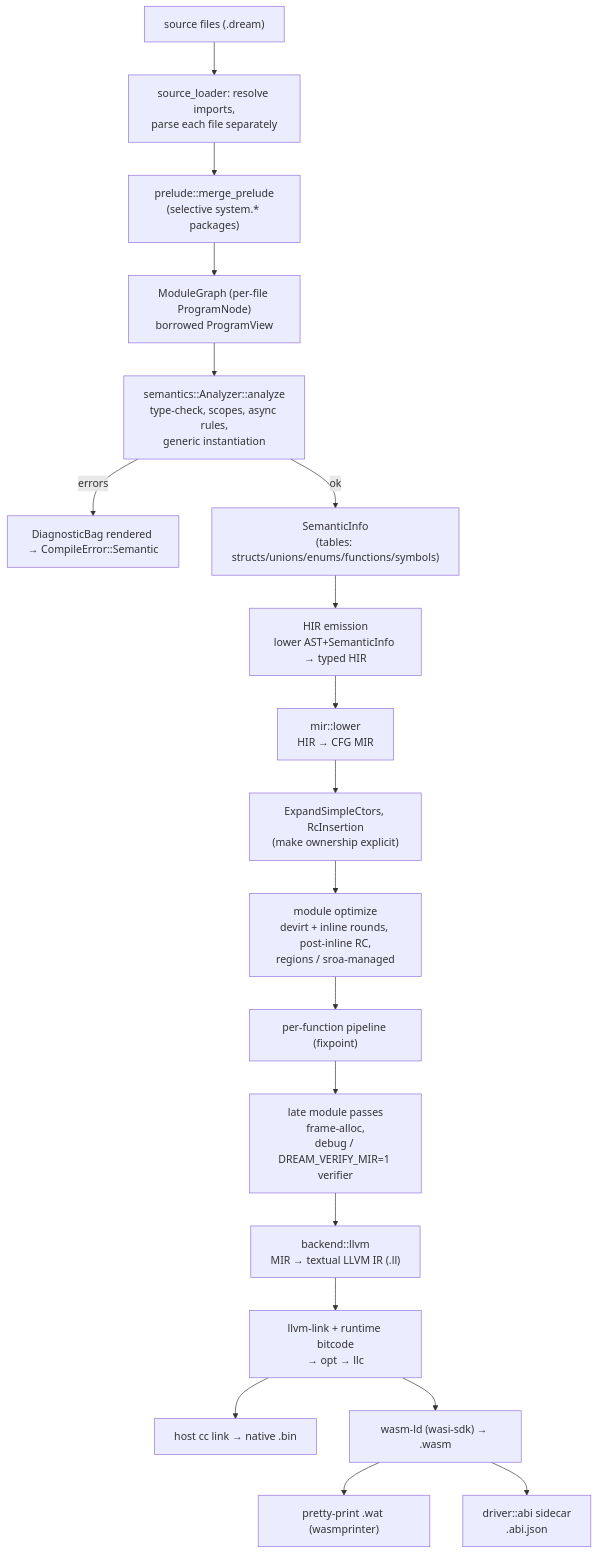
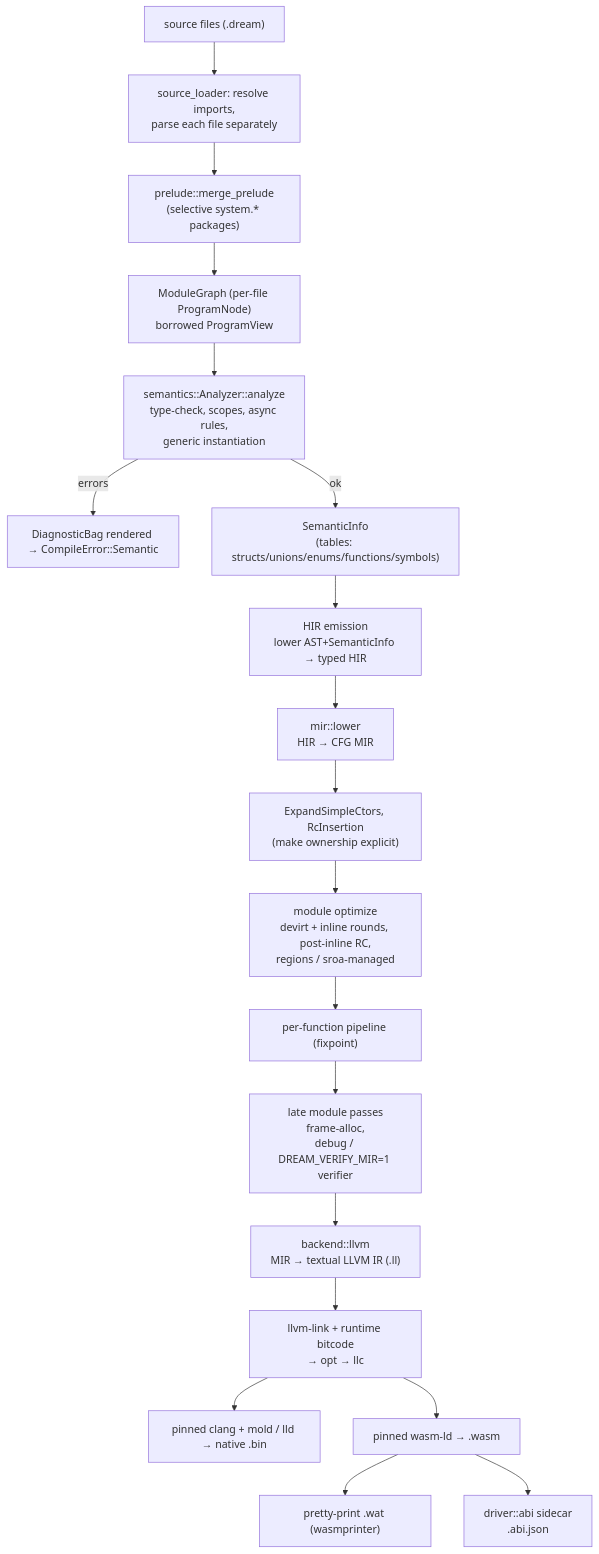
The first of 2 diagrams in docs/internals/01-pipeline-overview.md (sps014/dream), drawn with Mermaid before and after one commit. The commit also changed other lines of this file and 63 other files, not shown here.

First line of the commit message:
Link with pinned clang and mold, and reuse unchanged generator output.

````diff
--- a/docs/internals/01-pipeline-overview.md
+++ b/docs/internals/01-pipeline-overview.md
@@ -7,25 +7,25 @@
 ```mermaid
 flowchart TD
     src["source files (.dream)"]
     src --> load["source_loader: resolve imports,\nparse each file separately"]
     load --> prelude["prelude::merge_prelude\n(selective system.* packages)"]
     prelude --> ast["ModuleGraph (per-file ProgramNode)\nborrowed ProgramView"]
 
     ast --> analyze["semantics::Analyzer::analyze\ntype-check, scopes, async rules,\ngeneric instantiation"]
     analyze -->|errors| diag["DiagnosticBag rendered → CompileError::Semantic"]
     analyze -->|ok| info["SemanticInfo\n(tables: structs/unions/enums/functions/symbols)"]
 
     info --> hir["HIR emission\nlower AST+SemanticInfo → typed HIR"]
     hir --> mir["mir::lower\nHIR → CFG MIR"]
     mir --> rc["ExpandSimpleCtors, RcInsertion\n(make ownership explicit)"]
     rc --> opt["module optimize\ndevirt + inline rounds, post-inline RC,\nregions / sroa-managed"]
     opt --> perfn["per-function pipeline (fixpoint)"]
     perfn --> late["late module passes\nframe-alloc,\ndebug / DREAM_VERIFY_MIR=1 verifier"]
     late --> emit["backend::llvm\nMIR → textual LLVM IR (.ll)"]
 
     emit --> link["llvm-link + runtime bitcode\n→ opt → llc"]
-    link --> nat["host cc link → native .bin"]
-    link --> wasm["wasm-ld (wasi-sdk) → .wasm"]
+    link --> nat["pinned clang + mold / lld → native .bin"]
+    link --> wasm["pinned wasm-ld → .wasm"]
     wasm --> wat["pretty-print .wat (wasmprinter)"]
     wasm --> abi["driver::abi sidecar\n.abi.json"]
 ```
````
